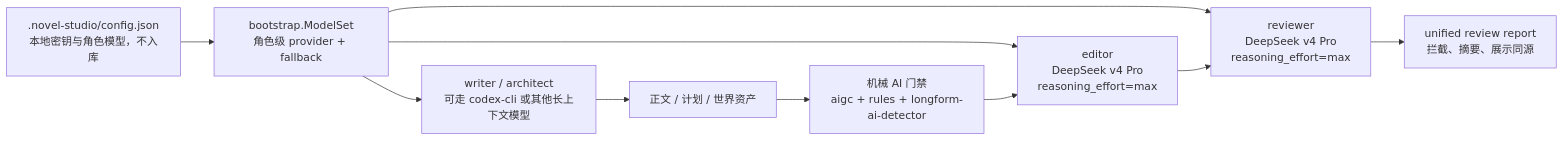
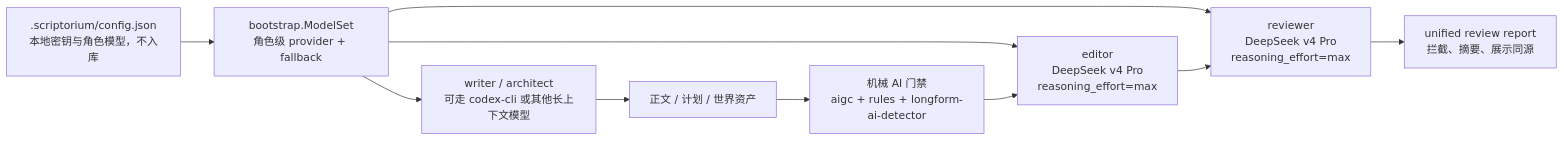
Before and after one commit to prantosmss/Scriptorium: the fifth of 7 diagrams in docs/engineering-delivery-20260708.md, drawn with Mermaid. The commit also changed other lines of this file and 1248 other files, not shown here.

````diff
--- a/docs/engineering-delivery-20260708.md
+++ b/docs/engineering-delivery-20260708.md
@@ -75,12 +75,12 @@
 ```mermaid
 flowchart LR
-    CFG[".novel-studio/config.json<br/>本地密钥与角色模型，不入库"] --> MS["bootstrap.ModelSet<br/>角色级 provider + fallback"]
+    CFG[".scriptorium/config.json<br/>本地密钥与角色模型，不入库"] --> MS["bootstrap.ModelSet<br/>角色级 provider + fallback"]
     MS --> WRM["writer / architect<br/>可走 codex-cli 或其他长上下文模型"]
     MS --> EDM["editor<br/>DeepSeek v4 Pro<br/>reasoning_effort=max"]
     MS --> RVM["reviewer<br/>DeepSeek v4 Pro<br/>reasoning_effort=max"]
     WRM --> ART["正文 / 计划 / 世界资产"]
     ART --> AIGC["机械 AI 门禁<br/>aigc + rules + longform-ai-detector"]
     AIGC --> EDM
     EDM --> RVM
     RVM --> UNIFIED["unified review report<br/>拦截、摘要、展示同源"]
 ```
````
